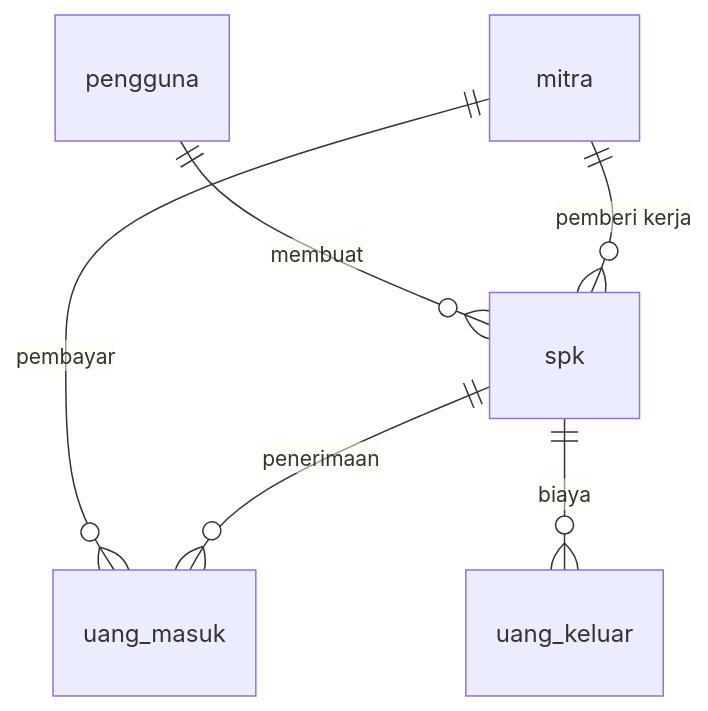
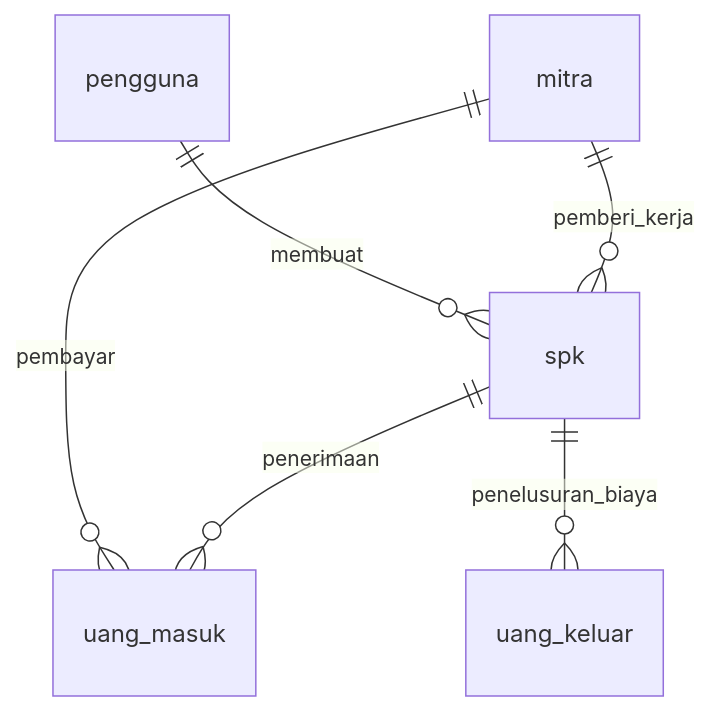
Before and after one commit to PradiptaAldySyahputra/PT-Barelang-Kontraktor-Sarana: the diagram in docs/Schema.md, drawn with Mermaid. The commit also changed other lines of this file and 445 other files, not shown here.

````diff
--- a/docs/Schema.md
+++ b/docs/Schema.md
@@ -492,8 +402,8 @@
 ```mermaid
 erDiagram
-    pengguna ||--o{ spk : "membuat"
-    mitra ||--o{ spk : "pemberi kerja"
-    mitra ||--o{ uang_masuk : "pembayar"
-    spk ||--o{ uang_masuk : "penerimaan"
-    spk ||--o{ uang_keluar : "biaya"
+    pengguna ||--o{ spk : membuat
+    mitra ||--o{ spk : pemberi_kerja
+    mitra ||--o{ uang_masuk : pembayar
+    spk ||--o{ uang_masuk : penerimaan
+    spk ||--o{ uang_keluar : penelusuran_biaya
 ```
````
